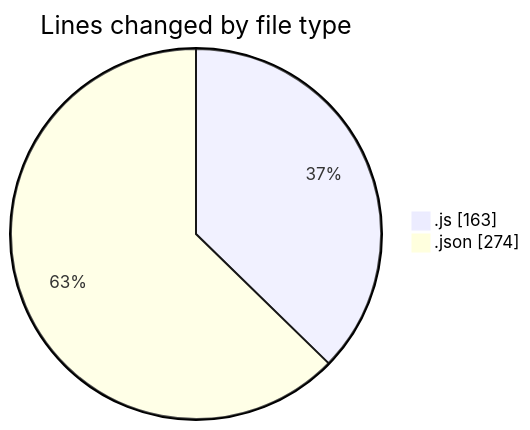
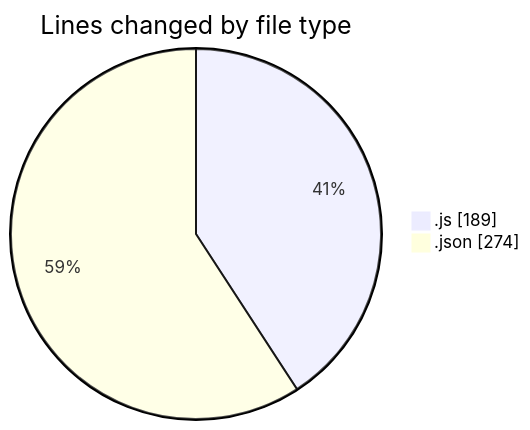
One commit to momahboobian/code-tracking changed the first of 2 diagrams in 2026-04-07/cda/README.md. Above: the diagram before and after it, drawn with Mermaid. The commit also changed other lines of this file and 1 other file, not shown here.

````diff
--- a/2026-04-07/cda/README.md
+++ b/2026-04-07/cda/README.md
@@ -24,6 +24,6 @@
 ```mermaid
 pie showData
 title Lines changed by file type
-".js" : 163
+".js" : 189
 ".json" : 274
 ```
````
